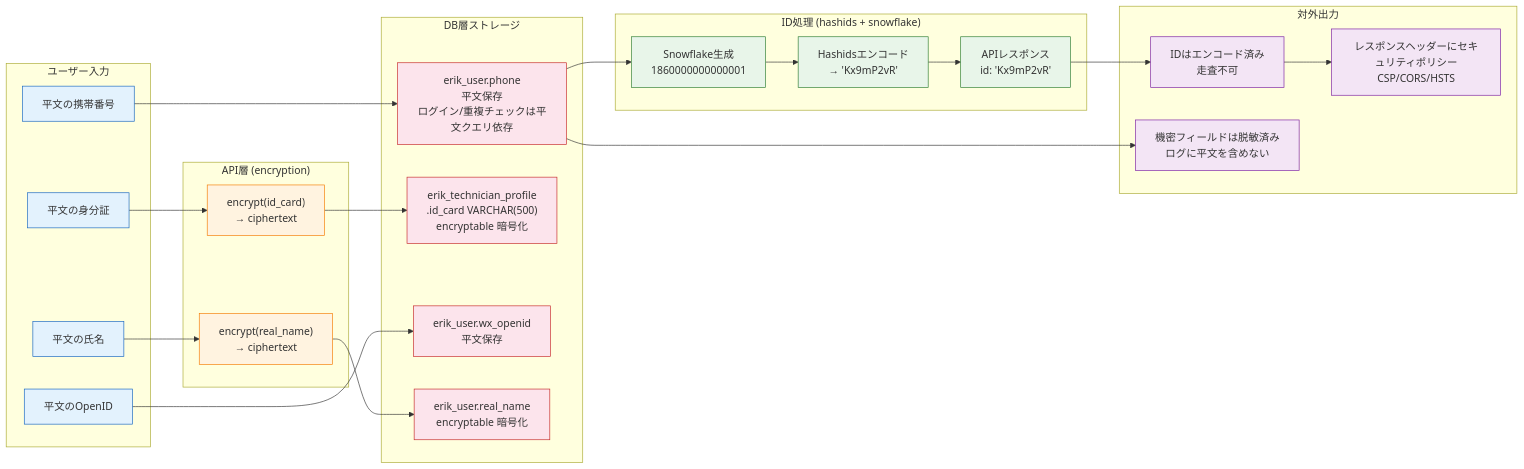
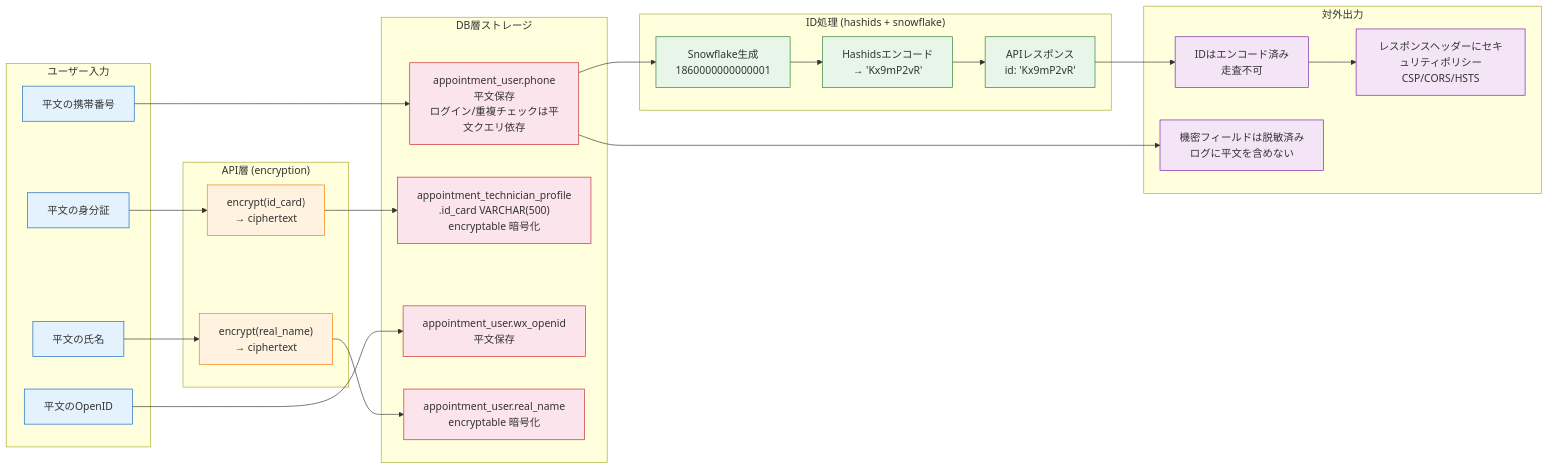
One commit to erikwang2013/appointment-php changed the fourth of 4 diagrams in docs/ja/diagrams/SECURITY-ARCHITECTURE.md. Above: the diagram before and after it, drawn with Mermaid. The commit also changed 363 other files, not shown here.

````diff
--- a/docs/ja/diagrams/SECURITY-ARCHITECTURE.md
+++ b/docs/ja/diagrams/SECURITY-ARCHITECTURE.md
@@ -177,54 +177,54 @@
 ```mermaid
 flowchart LR
     subgraph 输入["ユーザー入力"]
         I1["平文の携帯番号"]
         I2["平文の身分証"]
         I3["平文のOpenID"]
         I4["平文の氏名"]
     end
 
     subgraph API加密["API層 (encryption)"]
         E1["encrypt(id_card)<br/>→ ciphertext"]
         E2["encrypt(real_name)<br/>→ ciphertext"]
     end
 
     subgraph DB存储["DB層ストレージ"]
-        D1["erik_user.phone<br/>平文保存<br/>ログイン/重複チェックは平文クエリ依存"]
-        D2["erik_technician_profile<br/>.id_card VARCHAR(500)<br/>encryptable 暗号化"]
-        D3["erik_user.wx_openid<br/>平文保存"]
-        D4["erik_user.real_name<br/>encryptable 暗号化"]
+        D1["appointment_user.phone<br/>平文保存<br/>ログイン/重複チェックは平文クエリ依存"]
+        D2["appointment_technician_profile<br/>.id_card VARCHAR(500)<br/>encryptable 暗号化"]
+        D3["appointment_user.wx_openid<br/>平文保存"]
+        D4["appointment_user.real_name<br/>encryptable 暗号化"]
     end
 
     subgraph ID处理["ID処理 (hashids + snowflake)"]
         H1["Snowflake生成<br/>1860000000000001"]
         H2["Hashidsエンコード<br/>→ 'Kx9mP2vR'"]
         H3["APIレスポンス<br/>id: 'Kx9mP2vR'"]
     end
 
     subgraph 输出["対外出力"]
         O1["IDはエンコード済み<br/>走査不可"]
         O2["機密フィールドは脱敏済み<br/>ログに平文を含めない"]
         O3["レスポンスヘッダーにセキュリティポリシー<br/>CSP/CORS/HSTS"]
     end
 
     I1 --> D1
     I2 --> E1 --> D2
     I3 --> D3
     I4 --> E2 --> D4
     D1 --> H1 --> H2 --> H3
     H3 --> O1
     D1 --> O2
     O1 --> O3
 
     classDef input fill:#e3f2fd,stroke:#1565c0,color:#333
     classDef encrypt fill:#fff3e0,stroke:#f57c00,color:#333
     classDef db fill:#fce4ec,stroke:#c62828,color:#333
     classDef id fill:#e8f5e9,stroke:#2e7d32,color:#333
     classDef output fill:#f3e5f5,stroke:#7b1fa2,color:#333
 
     class I1,I2,I3,I4 input
     class E1,E2 encrypt
     class D1,D2,D3,D4 db
     class H1,H2,H3 id
     class O1,O2,O3 output
 ```
````
